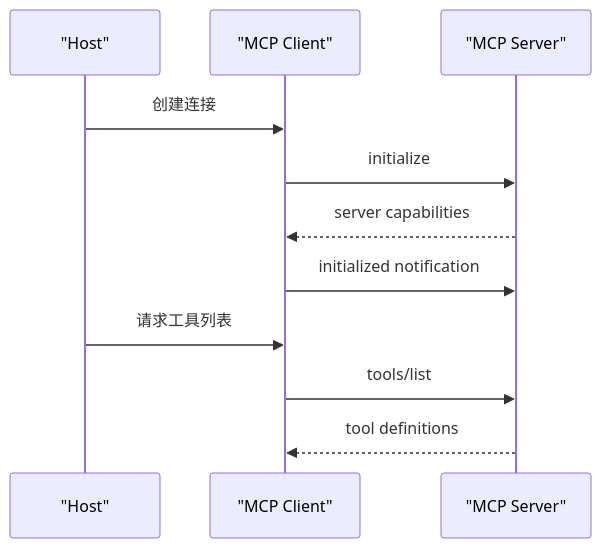
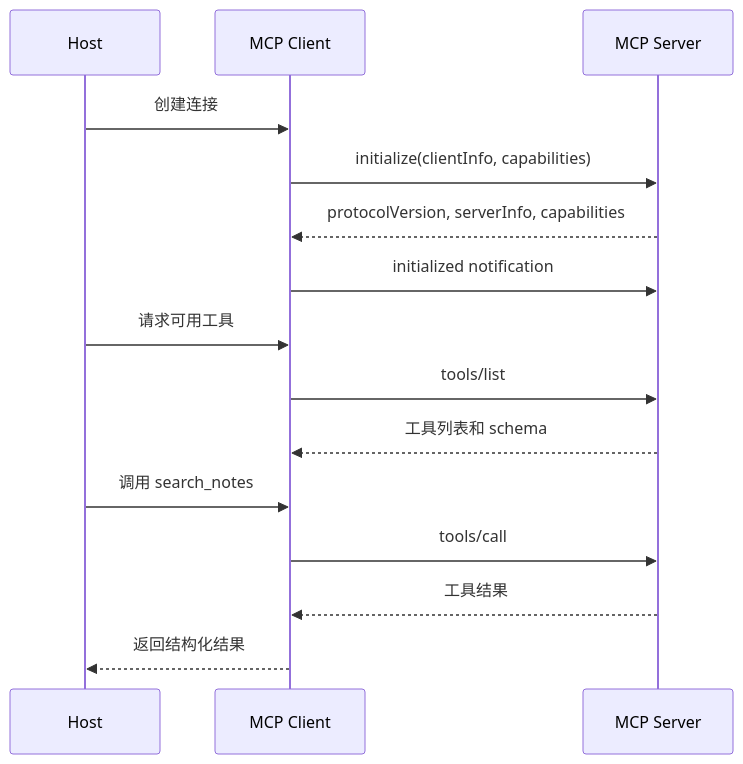
The diagram in docs/AI/Agent/Agent协议专题/MCP组成部分.md (Doge2077/liyyro), drawn with Mermaid before and after one commit. The commit also changed other lines of this file and 27 other files, not shown here.

````diff
--- a/docs/AI/Agent/Agent协议专题/MCP组成部分.md
+++ b/docs/AI/Agent/Agent协议专题/MCP组成部分.md
@@ -62,14 +42,18 @@
 ```mermaid
 sequenceDiagram
-  participant H as "Host"
-  participant C as "MCP Client"
-  participant S as "MCP Server"
+  participant H as Host
+  participant C as MCP Client
+  participant S as MCP Server
 
   H->>C: 创建连接
-  C->>S: initialize
-  S-->>C: server capabilities
+  C->>S: initialize(clientInfo, capabilities)
+  S-->>C: protocolVersion, serverInfo, capabilities
   C->>S: initialized notification
-  H->>C: 请求工具列表
+  H->>C: 请求可用工具
   C->>S: tools/list
-  S-->>C: tool definitions
+  S-->>C: 工具列表和 schema
+  H->>C: 调用 search_notes
+  C->>S: tools/call
+  S-->>C: 工具结果
+  C-->>H: 返回结构化结果
 ```
````
